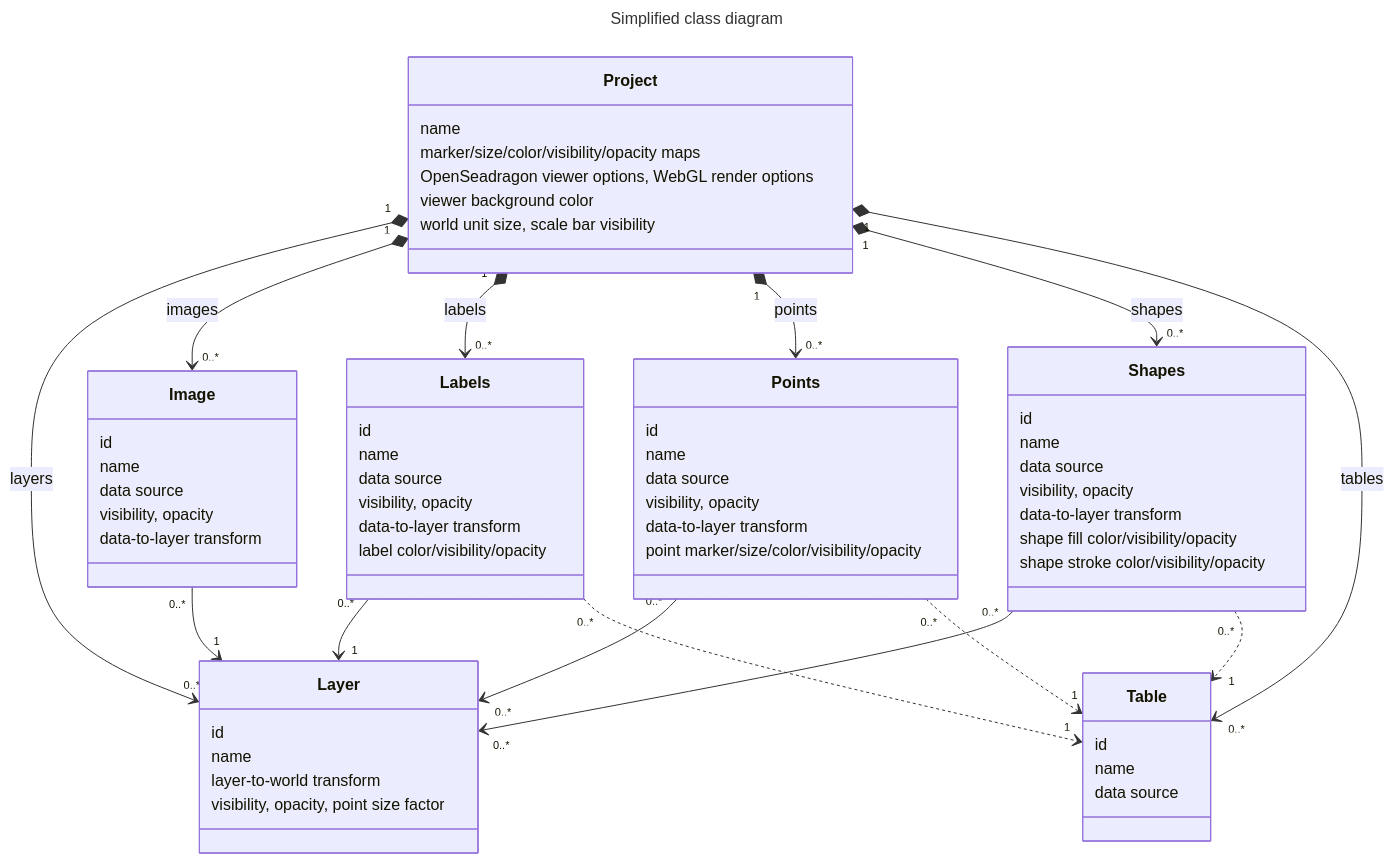
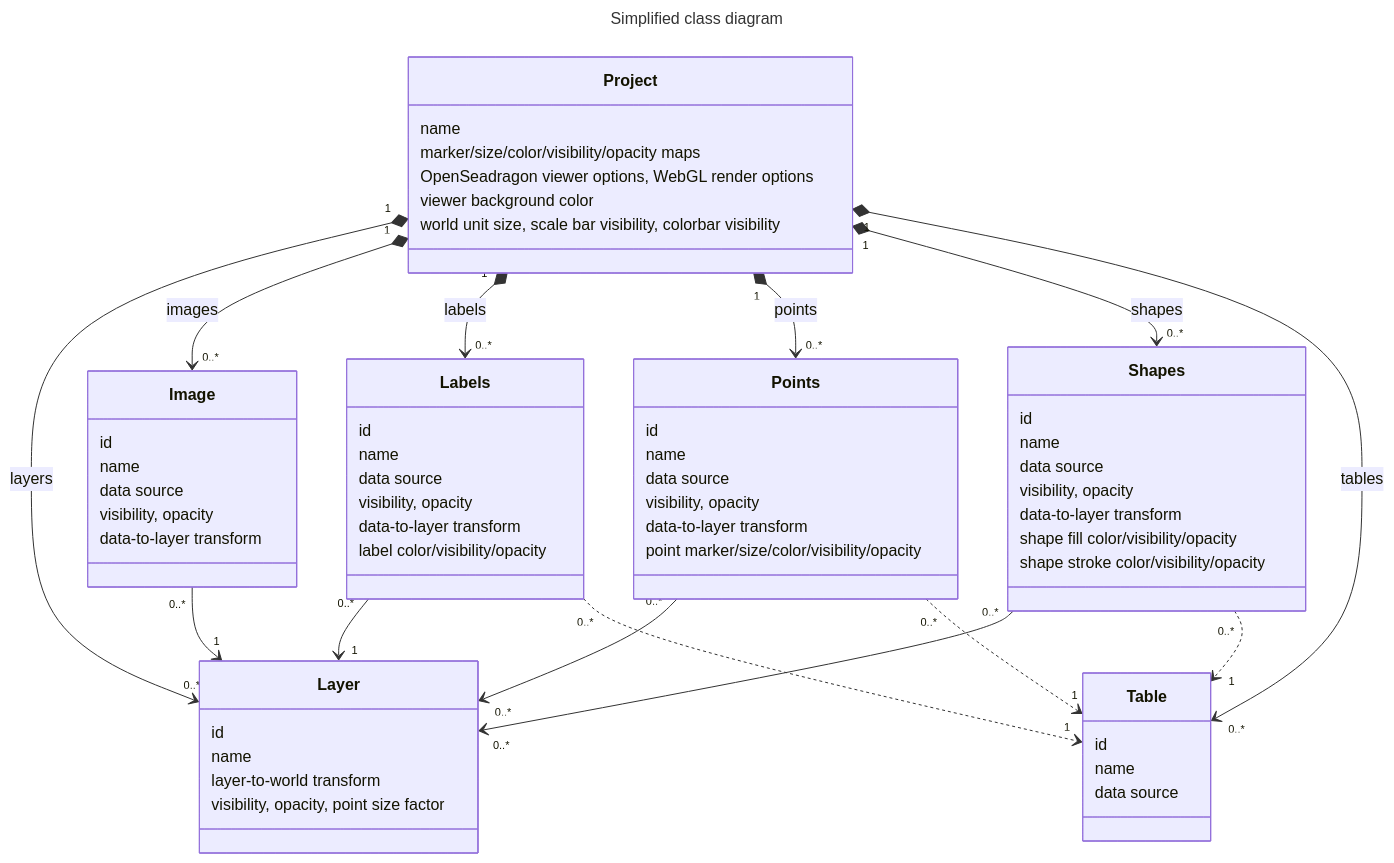
One commit to TissUUmaps/TissUUmaps changed the diagram in docs/concepts/data-model.md. Above: the diagram before and after it, drawn with Mermaid. The commit also changed 8 other files, not shown here.

````diff
--- a/docs/concepts/data-model.md
+++ b/docs/concepts/data-model.md
@@ -15,69 +15,69 @@
 ```mermaid
 ---
 title: Simplified class diagram
 ---
 
 classDiagram
     class Project
     Project : name
     Project : marker/size/color/visibility/opacity maps
     Project : OpenSeadragon viewer options, WebGL render options
     Project : viewer background color
-    Project : world unit size, scale bar visibility
+    Project : world unit size, scale bar visibility, colorbar visibility
     Project "1" *--> "0..*" Layer : layers
     Project "1" *--> "0..*" Image : images
     Project "1" *--> "0..*" Labels : labels
     Project "1" *--> "0..*" Points : points
     Project "1" *--> "0..*" Shapes : shapes
     Project "1" *--> "0..*" Table : tables
 
     class Layer
     Layer : id
     Layer : name
     Layer : layer-to-world transform
     Layer : visibility, opacity, point size factor
 
     class Image
     Image : id
     Image : name
     Image : data source
     Image : visibility, opacity
     Image : data-to-layer transform
     Image "0..*" --> "1" Layer
 
     class Labels
     Labels : id
     Labels : name
     Labels : data source
     Labels : visibility, opacity
     Labels : data-to-layer transform
     Labels : label color/visibility/opacity
     Labels "0..*" --> "1" Layer
     Labels "0..*" ..> "1" Table
 
     class Points
     Points : id
     Points : name
     Points : data source
     Points : visibility, opacity
     Points : data-to-layer transform
     Points : point marker/size/color/visibility/opacity
     Points "0..*" --> "0..*" Layer
     Points "0..*" ..> "1" Table
 
     class Shapes
     Shapes : id
     Shapes : name
     Shapes : data source
     Shapes : visibility, opacity
     Shapes : data-to-layer transform
     Shapes : shape fill color/visibility/opacity
     Shapes : shape stroke color/visibility/opacity
     Shapes "0..*" --> "0..*" Layer
     Shapes "0..*" ..> "1" Table
 
     class Table
     Table : id
     Table : name
     Table : data source
 ```
````
